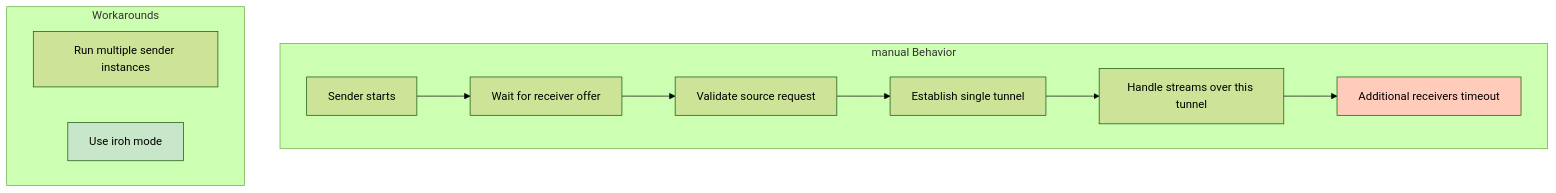
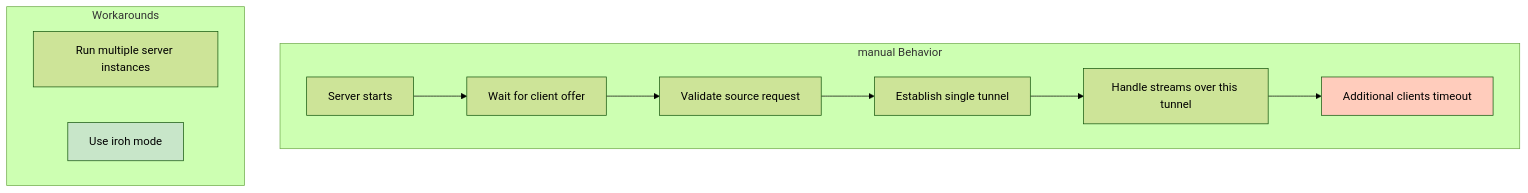
Before and after one commit to andrewtheguy/vpn-rs: diagram 35 of 35 in docs/ARCHITECTURE.md, drawn with Mermaid (forest theme). The commit also changed other lines of this file, not shown here.

Commit message:
feat: update architecture documentation to reflect server-client terminology and clarify operational modes

````diff
--- a/docs/ARCHITECTURE.md
+++ b/docs/ARCHITECTURE.md
@@ -1492,18 +1492,18 @@
 ```mermaid
 graph TB
     subgraph "manual Behavior"
-        A[Sender starts] --> B[Wait for receiver offer]
+        A[Server starts] --> B[Wait for client offer]
         B --> C[Validate source request]
         C --> D[Establish single tunnel]
         D --> E[Handle streams over this tunnel]
-        E --> F[Additional receivers timeout]
+        E --> F[Additional clients timeout]
     end
 
     subgraph "Workarounds"
-        G[Run multiple sender instances]
+        G[Run multiple server instances]
         I[Use iroh mode]
     end
 
     style F fill:#FFCCBC
     style I fill:#C8E6C9
 ```
````
